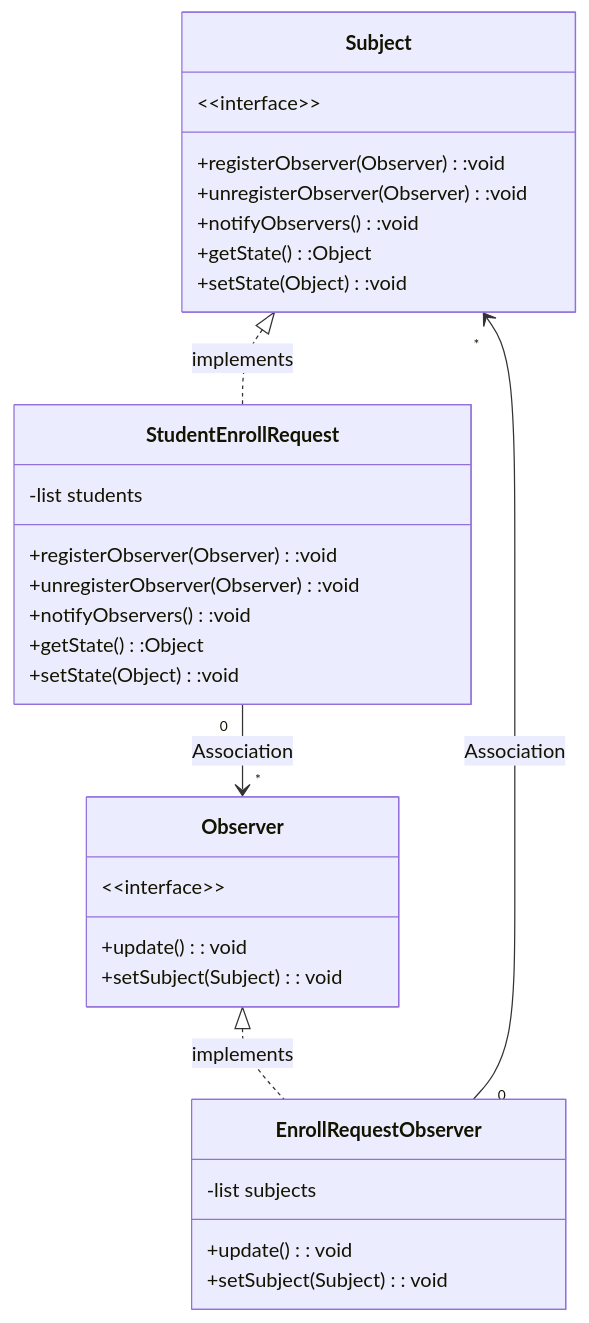
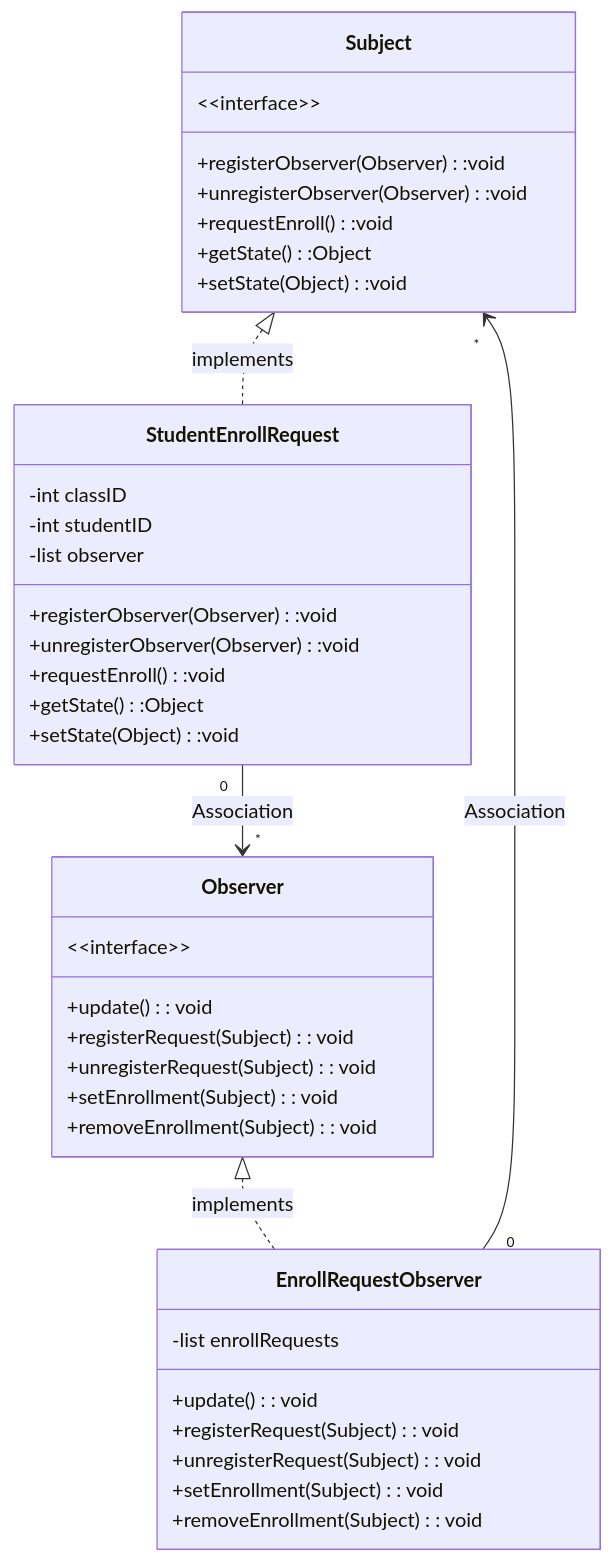
Before and after one commit to sivertlog/WebadvisorDesign: the diagram in mermaid/enrollmentobserver.mermaid, drawn with Mermaid.

Commit message:
more diagram edits

```diff
--- a/mermaid/enrollmentobserver.mermaid
+++ b/mermaid/enrollmentobserver.mermaid
@@ -1,31 +1,39 @@
 classDiagram
     Subject <|.. StudentEnrollRequest: implements
     Observer <|.. EnrollRequestObserver: implements
     StudentEnrollRequest "0" --> "*" Observer : Association
     EnrollRequestObserver "0" --> "*" Subject : Association
     class Observer{
         &lt;&lt;interface&gt;&gt;
         +update(): void
-        +setSubject(Subject): void
+        +registerRequest(Subject): void
+        +unregisterRequest(Subject): void
+        +setEnrollment(Subject): void
+        +removeEnrollment(Subject): void
     }
     class EnrollRequestObserver{
-        -list subjects
+        -list enrollRequests
         +update(): void
-        +setSubject(Subject): void
+        +registerRequest(Subject): void
+        +unregisterRequest(Subject): void
+        +setEnrollment(Subject): void
+        +removeEnrollment(Subject): void
     }
     class Subject{
         &lt;&lt;interface&gt;&gt;
         +registerObserver(Observer):void
         +unregisterObserver(Observer):void
-        +notifyObservers():void
+        +requestEnroll():void
         +getState():Object
         +setState(Object):void
     }
     class StudentEnrollRequest{
-        -list students
+        -int classID
+        -int studentID
+        -list observer
         +registerObserver(Observer):void
         +unregisterObserver(Observer):void
-        +notifyObservers():void
+        +requestEnroll():void
         +getState():Object
         +setState(Object):void
     }
```
